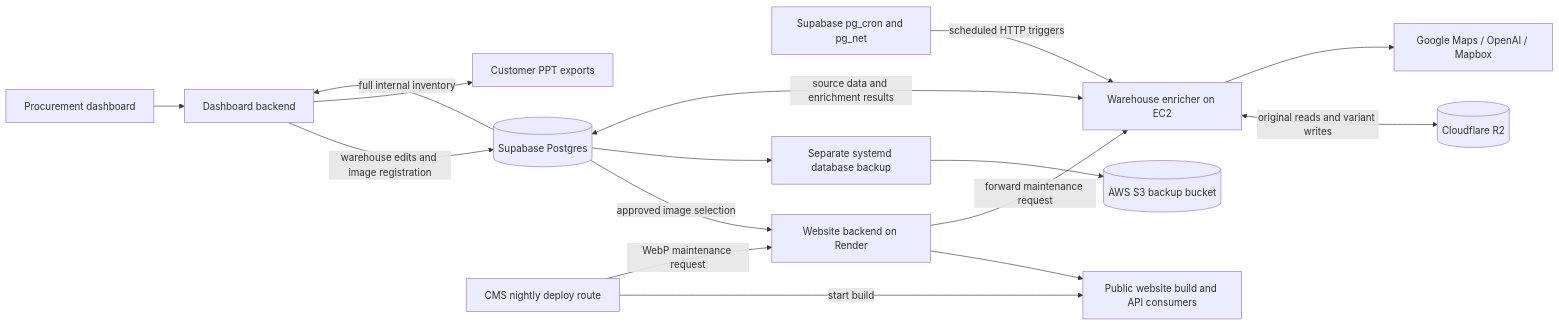
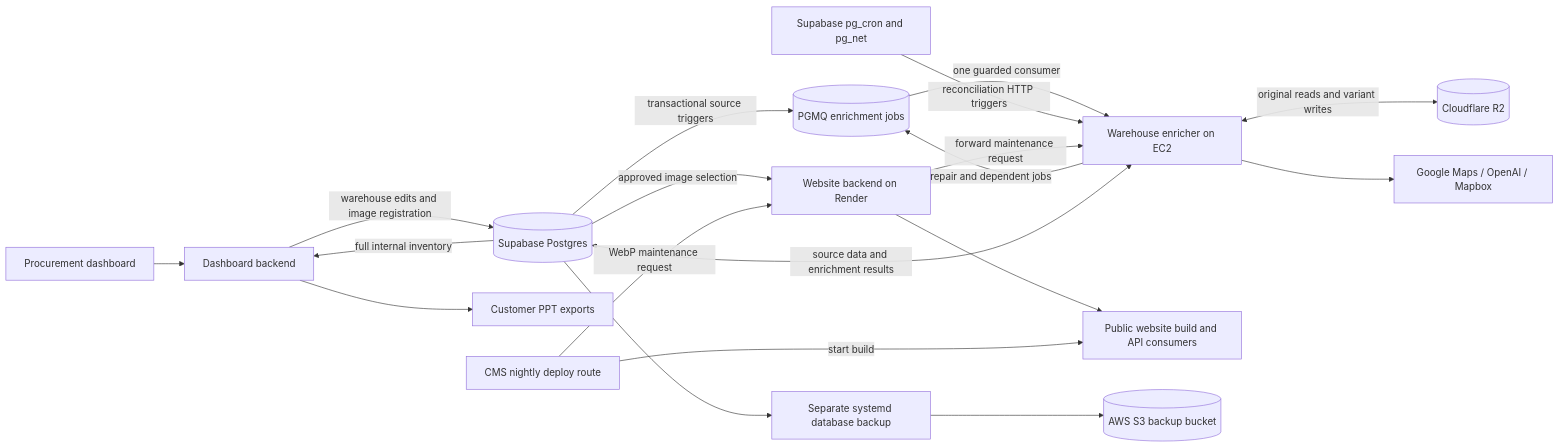
One commit to rs0125/procurement-enrichment changed the diagram in docs/ARCHITECTURE.md. Above: the diagram before and after it, drawn with Mermaid. The commit also changed other lines of this file and 8 other files, not shown here.

````diff
--- a/docs/ARCHITECTURE.md
+++ b/docs/ARCHITECTURE.md
@@ -22,18 +22,21 @@
 ```mermaid
 flowchart LR
     Staff[Procurement dashboard] --> Dashboard[Dashboard backend]
     Dashboard -->|warehouse edits and image registration| DB[(Supabase Postgres)]
-    Cron[Supabase pg_cron and pg_net] -->|scheduled HTTP triggers| Worker[Warehouse enricher on EC2]
+    DB -->|transactional source triggers| Queue[(PGMQ enrichment jobs)]
+    Queue -->|one guarded consumer| Worker[Warehouse enricher on EC2]
+    Cron[Supabase pg_cron and pg_net] -->|reconciliation HTTP triggers| Worker
+    Worker -->|repair and dependent jobs| Queue
     Worker <-->|source data and enrichment results| DB
     Worker <-->|original reads and variant writes| R2[(Cloudflare R2)]
     Worker --> Providers[Google Maps / OpenAI / Mapbox]
     DB -->|full internal inventory| Dashboard
     Dashboard --> PPT[Customer PPT exports]
     DB -->|approved image selection| API[Website backend on Render]
     API --> Site[Public website build and API consumers]
     CMS[CMS nightly deploy route] -->|start build| Site
     CMS -->|WebP maintenance request| API
     API -->|forward maintenance request| Worker
     DB --> Backup[Separate systemd database backup]
     Backup --> S3[(AWS S3 backup bucket)]
 ```
````
